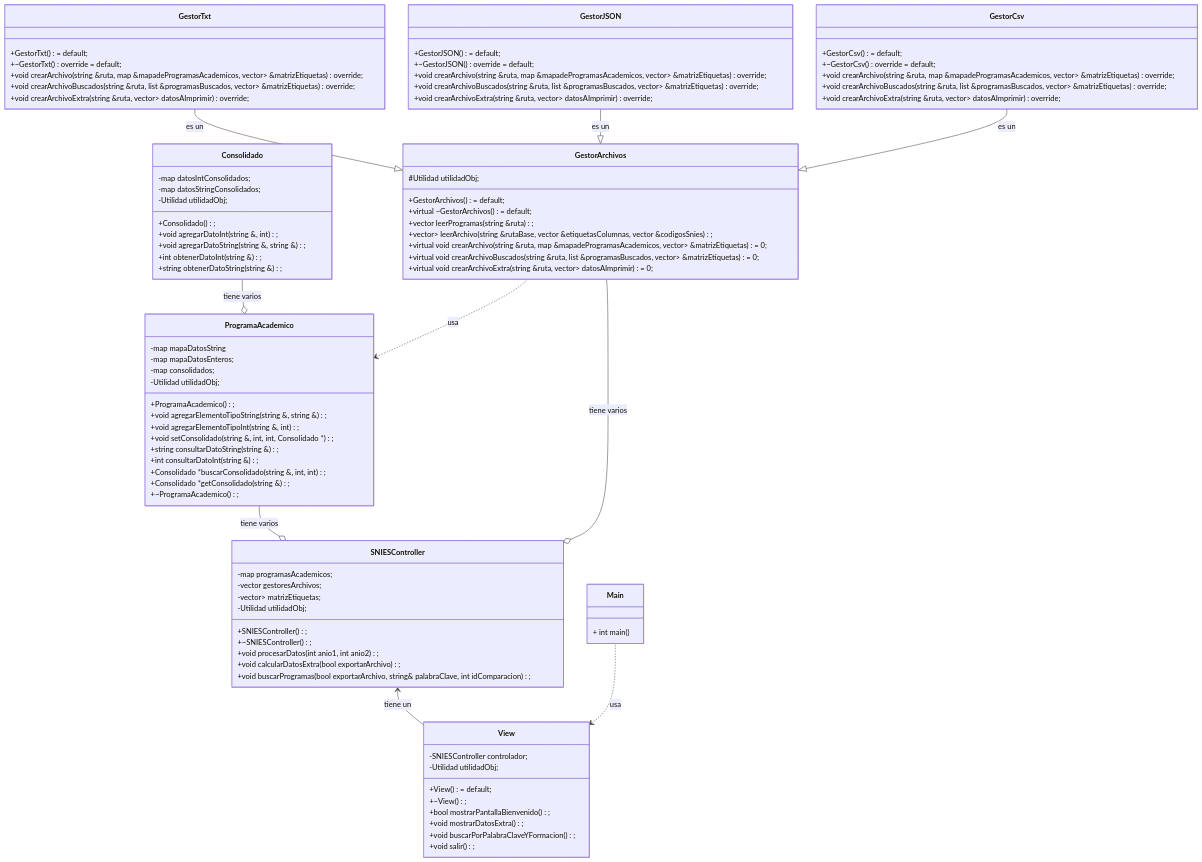
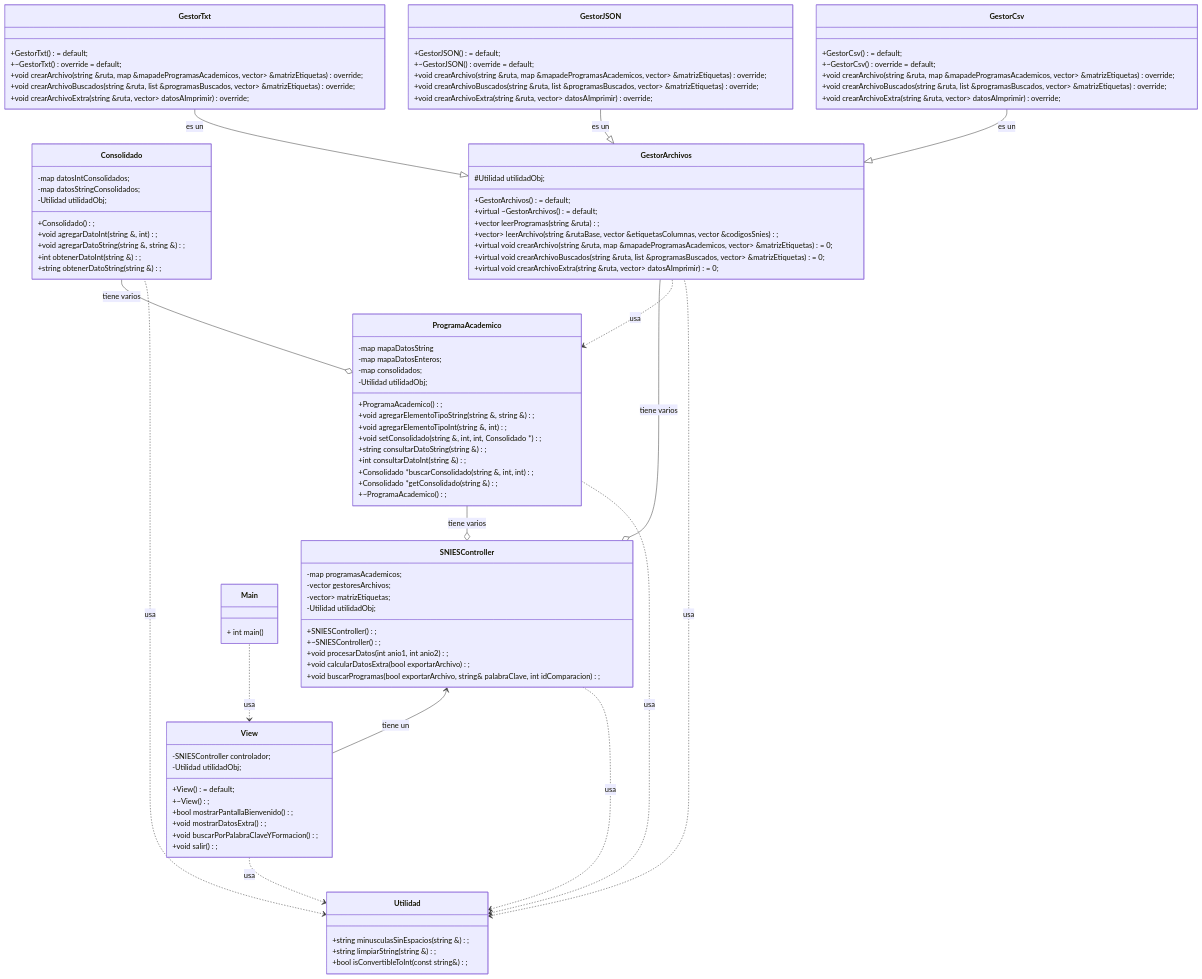
One commit to 300CIS017-Object-Oriented-Programming/proyecto-2-snies-extractor-sintax-error changed the diagram in README.md. Above: the diagram before and after it, drawn with Mermaid. The commit also changed 1 other file, not shown here.

Commit message:
NEW: Diagrama mermaid y correcion clase JSON

````diff
--- a/README.md
+++ b/README.md
@@ -121,6 +121,11 @@
     class Main {
         + int main()
     }
+    class Utilidad {
+       +string minusculasSinEspacios(string &);
+       +string limpiarString(string &);
+       +bool isConvertibleToInt(const string&);
+    }
 
 ProgramaAcademico o-- Consolidado : tiene varios
 View <.. Main : usa
@@ -131,4 +136,9 @@
 GestorArchivos <|-- GestorTxt: es un
 GestorArchivos <|-- GestorJSON: es un
 GestorArchivos <|-- GestorCsv: es un
+Utilidad <.. View: usa
+Utilidad <.. SNIESController: usa
+Utilidad <.. ProgramaAcademico: usa
+Utilidad <.. Consolidado: usa
+Utilidad <.. GestorArchivos: usa
 ```
````
